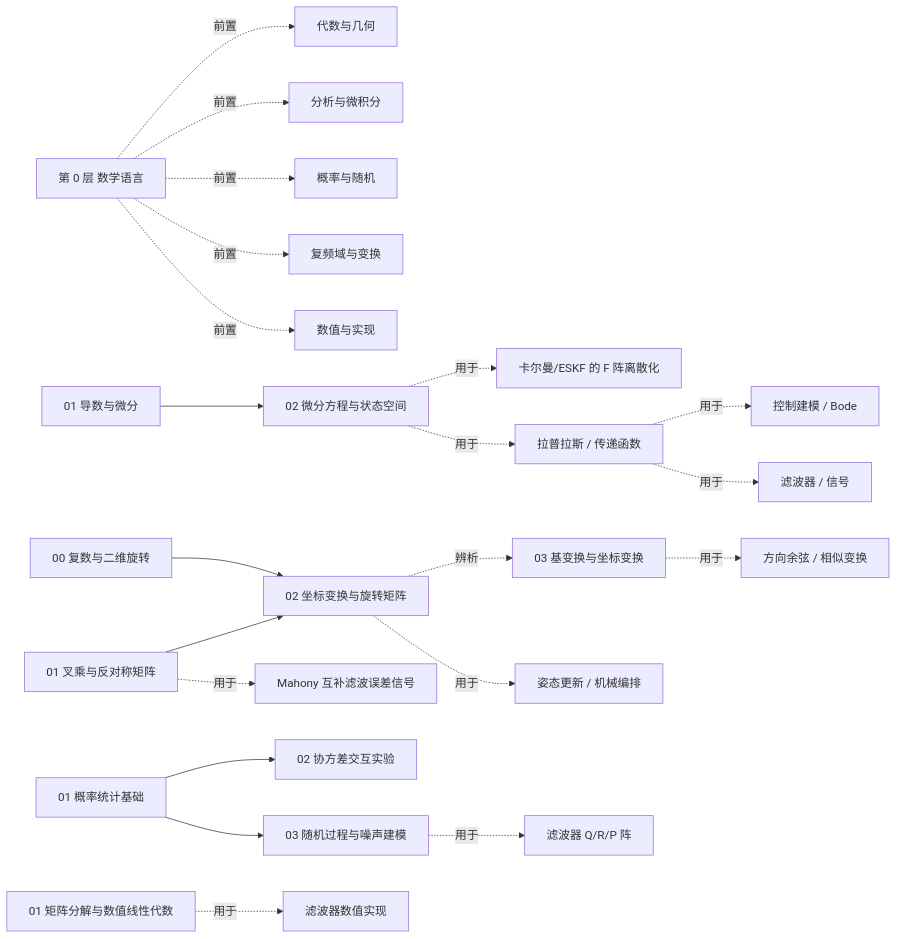
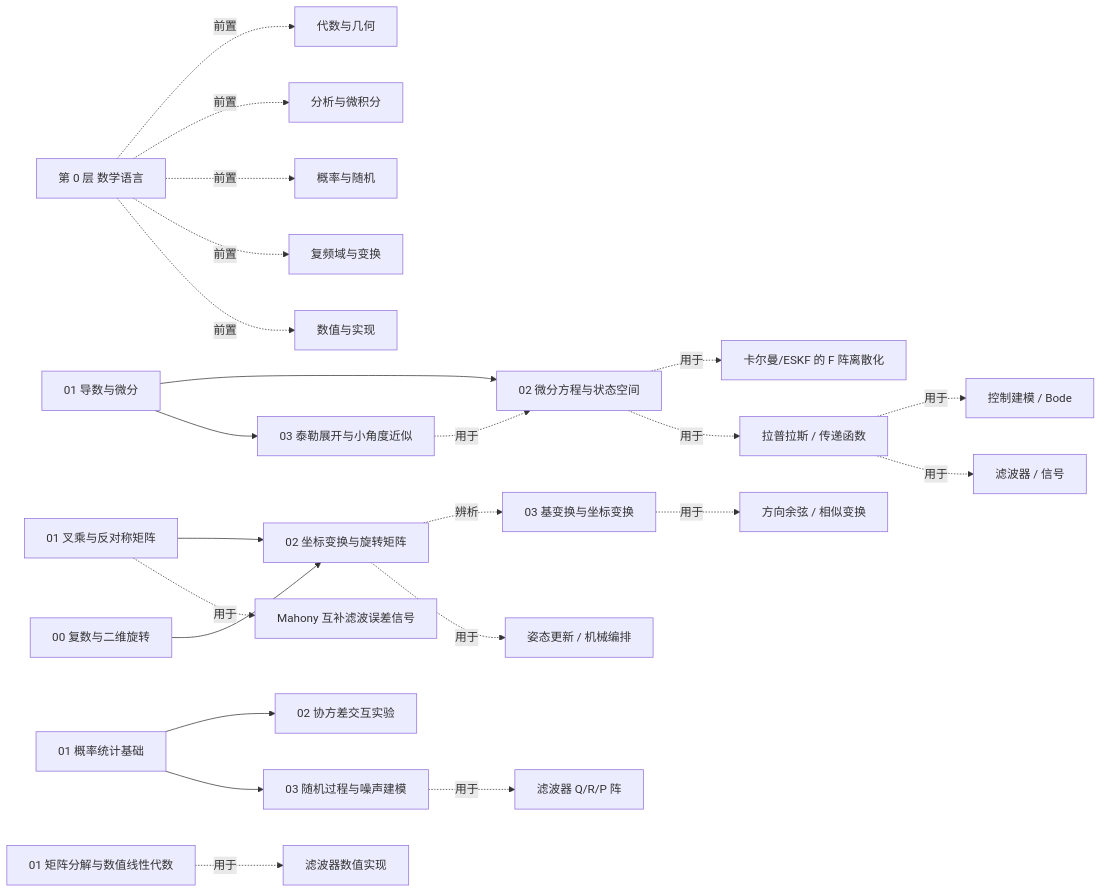
One commit to wild-civil/civil_wiki changed the diagram in docs/数学基础/index.md. Above: the diagram before and after it, drawn with Mermaid. The commit also changed other lines of this file and 7 other files, not shown here.

````diff
--- a/docs/数学基础/index.md
+++ b/docs/数学基础/index.md
@@ -90,23 +92,25 @@
 ```mermaid
 graph LR
   L0[第 0 层 数学语言] -.前置.-> G[代数与几何]
   L0 -.前置.-> A[分析与微积分]
   L0 -.前置.-> P[概率与随机]
   L0 -.前置.-> F[复频域与变换]
   L0 -.前置.-> N[数值与实现]
   A1[01 导数与微分] --> A2[02 微分方程与状态空间]
+  A1 --> A3[03 泰勒展开与小角度近似]
+  A3 -.用于.-> A2
   A2 -.用于.-> KF[卡尔曼/ESKF 的 F 阵离散化]
   A2 -.用于.-> LAP[拉普拉斯 / 传递函数]
   LAP -.用于.-> CTRL[控制建模 / Bode]
   LAP -.用于.-> FILT[滤波器 / 信号]
   G0[00 复数与二维旋转] --> G2[02 坐标变换与旋转矩阵]
   G1[01 叉乘与反对称矩阵] --> G2
   G2 -.辨析.-> G3[03 基变换与坐标变换]
   G3 -.用于.-> DCM[方向余弦 / 相似变换]
   G2 -.用于.-> POSTURE[姿态更新 / 机械编排]
   G1 -.用于.-> MAHONY[Mahony 互补滤波误差信号]
   P1[01 概率统计基础] --> P2[02 协方差交互实验]
   P1 --> P3[03 随机过程与噪声建模]
   P3 -.用于.-> QK[滤波器 Q/R/P 阵]
   N1[01 矩阵分解与数值线性代数] -.用于.-> IMP[滤波器数值实现]
 ```
````
